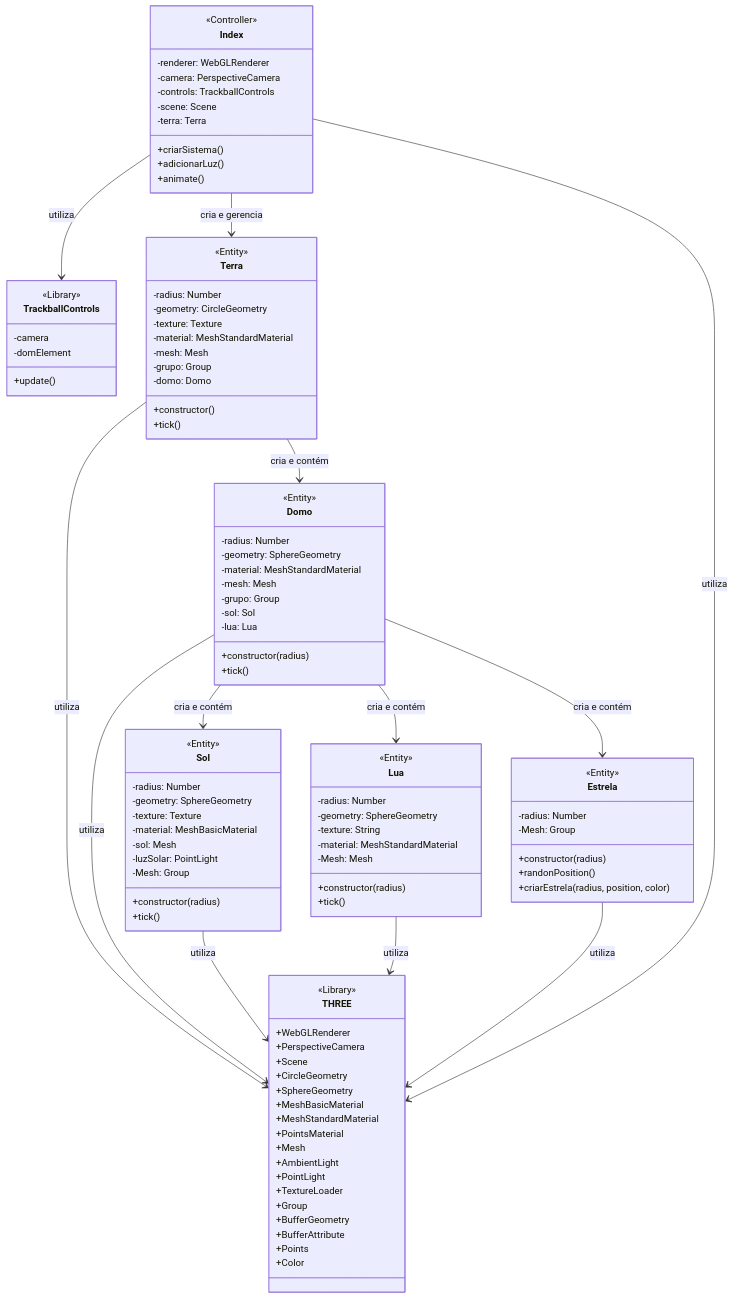
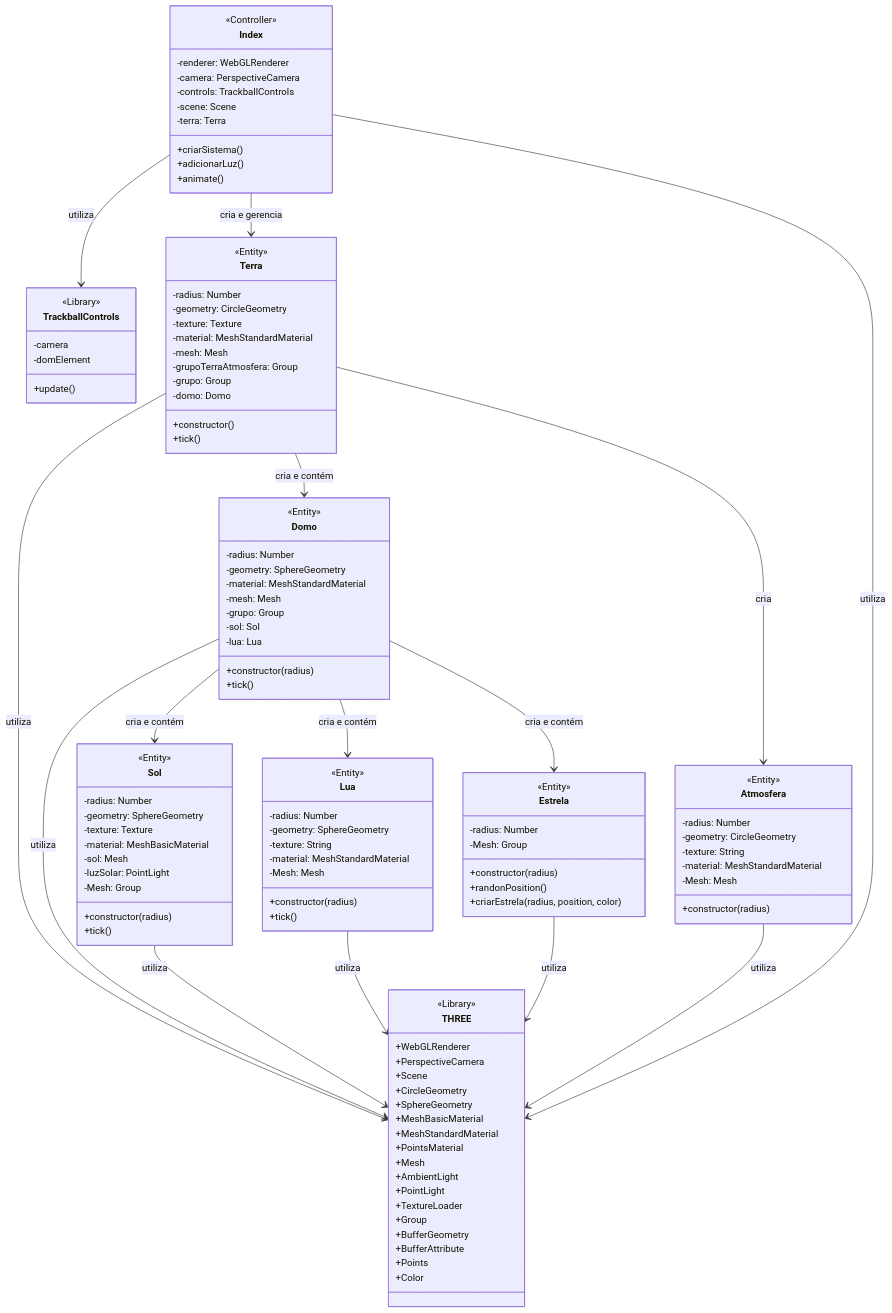
Before and after one commit to StephanyeCunto/ComputacaoGrafica: the second of 2 diagrams in README.md, drawn with Mermaid. The commit also changed 5 other files, not shown here.

Commit message:
Criação da Atmosfera Terra Plana

```diff
--- a/README.md
+++ b/README.md
@@ -447,6 +447,7 @@
    -texture: Texture
    -material: MeshStandardMaterial
    -mesh: Mesh
+   -grupoTerraAtmosfera: Group
    -grupo: Group
    -domo: Domo
    +constructor()
@@ -494,6 +495,17 @@
    +randonPosition()
    +criarEstrela(radius, position, color)
  }
+
+ class Atmosfera{
+   <<Entity>>
+   -radius: Number
+   -geometry: CircleGeometry
+   -texture: String
+   -material: MeshStandardMaterial
+   -Mesh: Mesh
+   +constructor(radius)
+ }
+
  class Index {
    <<Controller>>
    -renderer: WebGLRenderer
@@ -507,6 +519,7 @@
  }
 
  Terra --> Domo : cria e contém
+ Terra --> Atmosfera : cria
  Domo --> Sol : cria e contém
  Domo --> Lua : cria e contém
  Domo --> Estrela : cria e contém
@@ -515,6 +528,7 @@
  Sol --> THREE : utiliza
  Lua --> THREE : utiliza
  Estrela --> THREE : utiliza
+ Atmosfera --> THREE : utiliza
  Index --> Terra : cria e gerencia
  Index --> THREE : utiliza
  Index --> TrackballControls : utiliza
```
